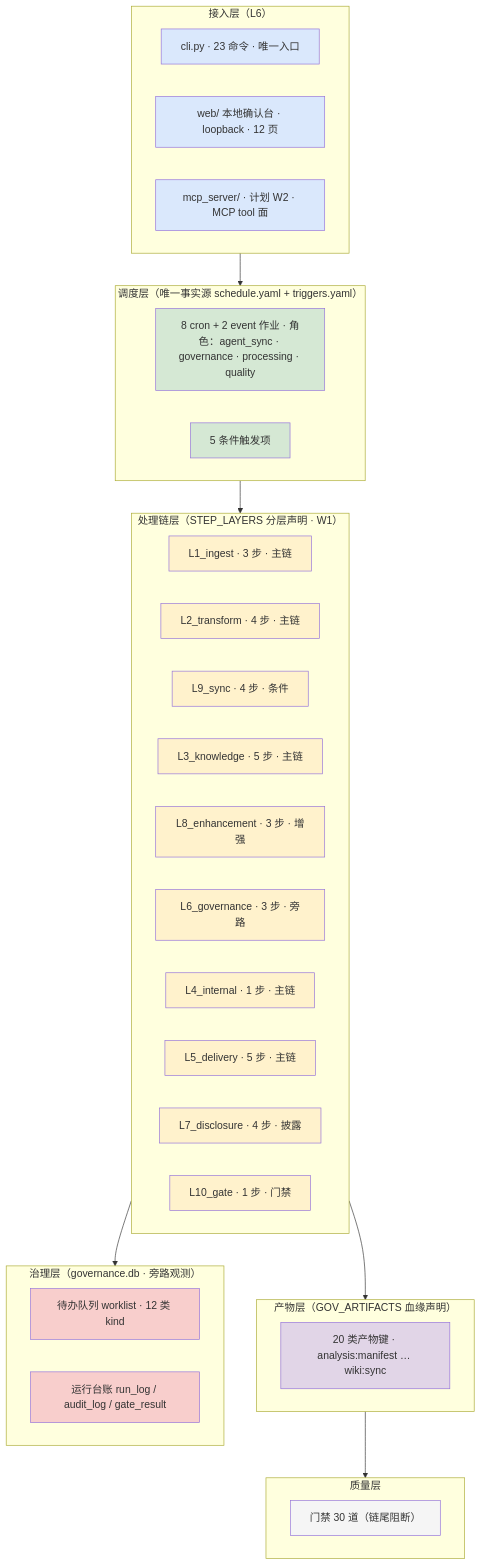
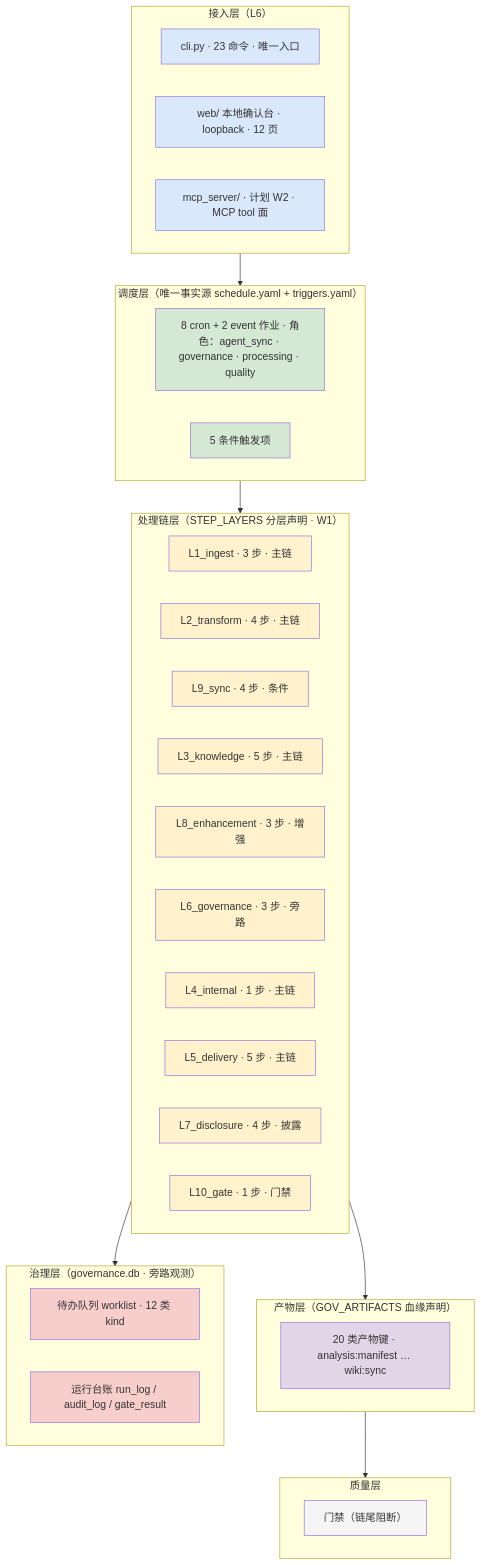
One commit to wangtierui/orchestrator changed the third of 4 diagrams in README.md. Above: the diagram before and after it, drawn with Mermaid. The commit also changed other lines of this file and 18 other files, not shown here.

````diff
--- a/README.md
+++ b/README.md
@@ -260,58 +260,58 @@
 ```mermaid
 flowchart TB
   subgraph ACC[接入层（L6）]
     CLI[cli.py · 23 命令 · 唯一入口]
     WEB[web/ 本地确认台 · loopback · 12 页]
     MCP[mcp_server/ · 计划 W2 · MCP tool 面]
   end
   subgraph SCHED[调度层（唯一事实源 schedule.yaml + triggers.yaml）]
     JOB[8 cron + 2 event 作业 · 角色：agent_sync · governance · processing · quality]
     TRG[5 条件触发项]
   end
   subgraph CHAIN[处理链层（STEP_LAYERS 分层声明 · W1）]
     L1ingest[L1_ingest · 3 步 · 主链]
     L2transform[L2_transform · 4 步 · 主链]
     L9sync[L9_sync · 4 步 · 条件]
     L3knowledge[L3_knowledge · 5 步 · 主链]
     L8enhancement[L8_enhancement · 3 步 · 增强]
     L6governance[L6_governance · 3 步 · 旁路]
     L4internal[L4_internal · 1 步 · 主链]
     L5delivery[L5_delivery · 5 步 · 主链]
     L7disclosure[L7_disclosure · 4 步 · 披露]
     L10gate[L10_gate · 1 步 · 门禁]
   end
   subgraph ART[产物层（GOV_ARTIFACTS 血缘声明）]
     ARTN[20 类产物键 · analysis:manifest … wiki:sync]
   end
   subgraph GOV[治理层（governance.db · 旁路观测）]
     WL[待办队列 worklist · 12 类 kind]
     LED[运行台账 run_log / audit_log / gate_result]
   end
   subgraph QUAL[质量层]
-    GATES[门禁 30 道（链尾阻断）]
+    GATES[门禁（链尾阻断）]
   end
   ACC --> SCHED --> CHAIN --> ART
   CHAIN --> GOV
   ART --> QUAL
   classDef acc fill:#dae8fc
   classDef sched fill:#d5e8d4
   classDef chain fill:#fff2cc
   classDef art fill:#e1d5e7
   classDef gov fill:#f8cecc
   classDef qual fill:#f5f5f5
   class CLI,WEB,MCP acc
   class JOB,TRG sched
   class L1ingest chain
   class L2transform chain
   class L9sync chain
   class L3knowledge chain
   class L8enhancement chain
   class L6governance chain
   class L4internal chain
   class L5delivery chain
   class L7disclosure chain
   class L10gate chain
   class ARTN art
   class WL,LED gov
   class GATES qual
 ```
````
